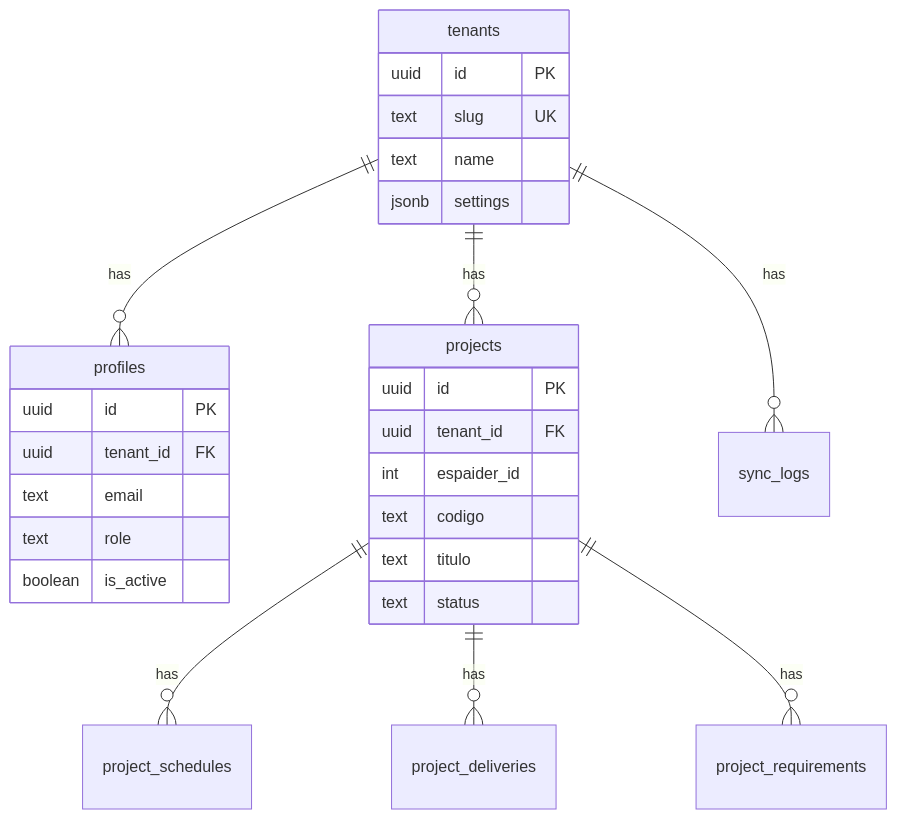
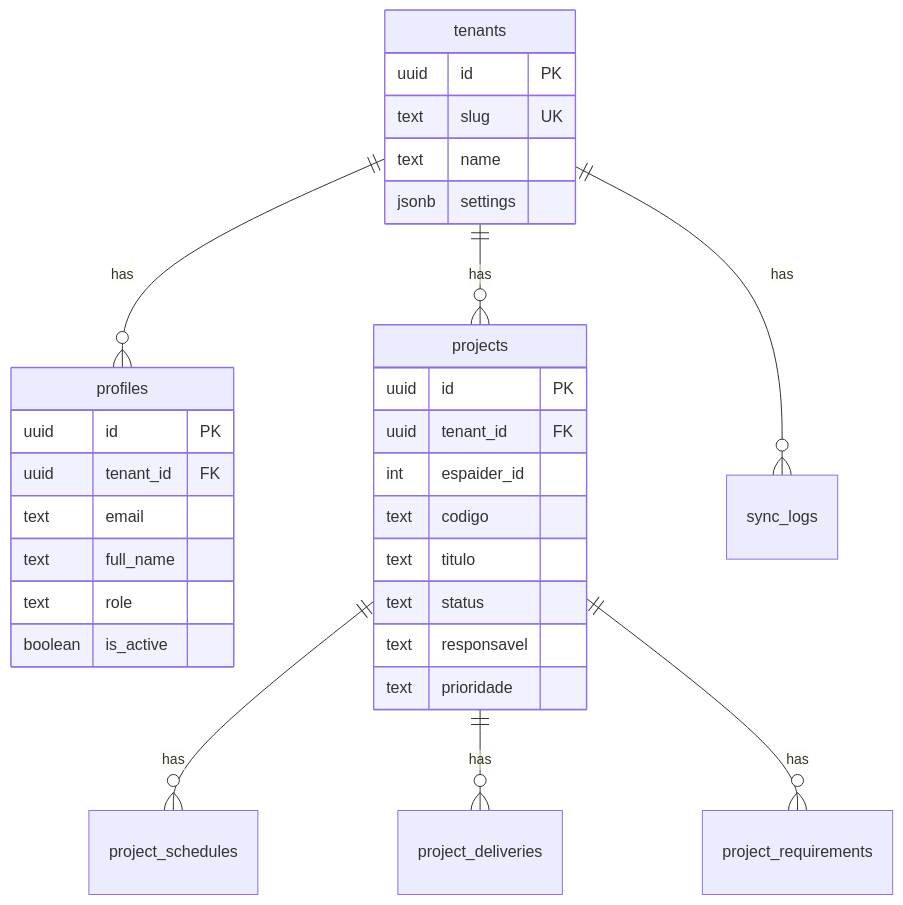
The diagram in supabase/README.md (adm-toolsmm-ia/tech-arauz), drawn with Mermaid before and after one commit. The commit also changed other lines of this file and 133 other files, not shown here.

````diff
--- a/supabase/README.md
+++ b/supabase/README.md
@@ -27,33 +35,36 @@
 ```mermaid
 erDiagram
     tenants ||--o{ profiles : has
     tenants ||--o{ projects : has
     tenants ||--o{ sync_logs : has
     projects ||--o{ project_schedules : has
     projects ||--o{ project_deliveries : has
     projects ||--o{ project_requirements : has
     
     tenants {
         uuid id PK
         text slug UK
         text name
         jsonb settings
     }
     
     profiles {
         uuid id PK
         uuid tenant_id FK
         text email
+        text full_name
         text role
         boolean is_active
     }
     
     projects {
         uuid id PK
         uuid tenant_id FK
         int espaider_id
         text codigo
         text titulo
         text status
+        text responsavel
+        text prioridade
     }
 ```
````
